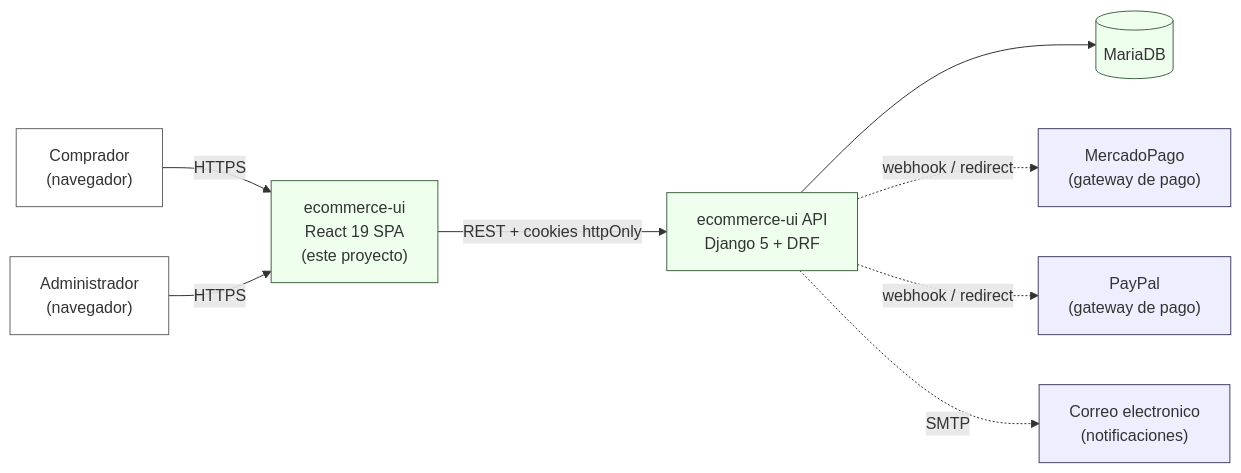
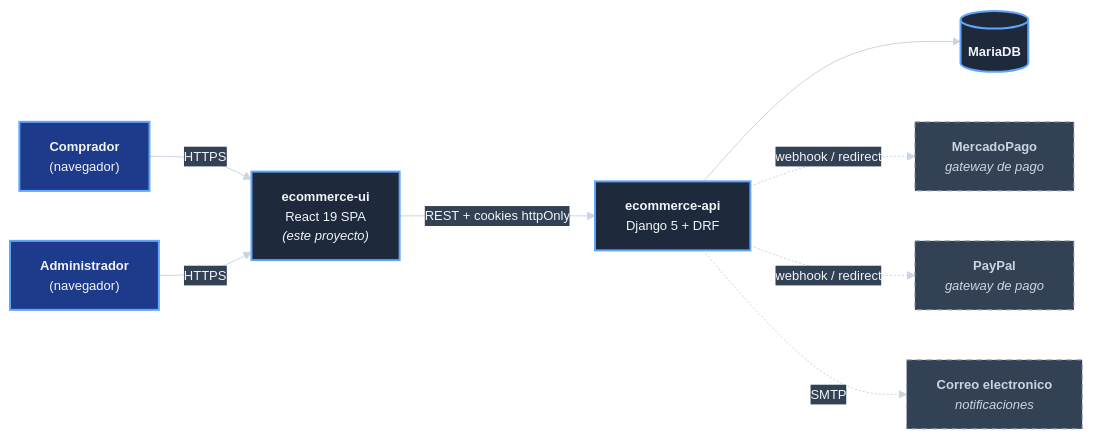
One commit to jcg-admin/template-ecommerce-ui changed the diagram in docs/contexto-y-alcance-del-sistema/contexto-y-alcance-del-sistema.md. Above: the diagram before and after it, drawn with Mermaid. The commit also changed 16 other files, not shown here.

First line of the commit message:
Apply dark Mermaid theme to 19 diagrams

````diff
--- a/docs/contexto-y-alcance-del-sistema/contexto-y-alcance-del-sistema.md
+++ b/docs/contexto-y-alcance-del-sistema/contexto-y-alcance-del-sistema.md
@@ -19,26 +19,38 @@
 ```mermaid
+%%{init: {'theme':'base', 'themeVariables': {
+  'background': '#0f172a',
+  'primaryColor': '#1e293b',
+  'primaryTextColor': '#f1f5f9',
+  'primaryBorderColor': '#94a3b8',
+  'lineColor': '#cbd5e1',
+  'secondaryColor': '#334155',
+  'tertiaryColor': '#1e3a8a',
+  'fontSize': '13px'
+}}}%%
 flowchart LR
-    Comprador["Comprador<br/>(navegador)"]
-    Admin["Administrador<br/>(navegador)"]
-    UI["ecommerce-ui<br/>React 19 SPA<br/>(este proyecto)"]
-    API["ecommerce-ui API<br/>Django 5 + DRF"]
-    DB[("MariaDB")]
-    MP["MercadoPago<br/>(gateway de pago)"]
-    PP["PayPal<br/>(gateway de pago)"]
-    Mail["Correo electronico<br/>(notificaciones)"]
+    actor_comprador["<b>Comprador</b><br/>(navegador)"]
+    actor_administrador["<b>Administrador</b><br/>(navegador)"]
+    sistema_ui_react["<b>ecommerce-ui</b><br/>React 19 SPA<br/><i>(este proyecto)</i>"]
+    sistema_api_django["<b>ecommerce-api</b><br/>Django 5 + DRF"]
+    base_datos_mariadb[("<b>MariaDB</b>")]
+    servicio_mercadopago["<b>MercadoPago</b><br/><i>gateway de pago</i>"]
+    servicio_paypal["<b>PayPal</b><br/><i>gateway de pago</i>"]
+    servicio_correo_smtp["<b>Correo electronico</b><br/><i>notificaciones</i>"]
 
-    Comprador -->|"HTTPS"| UI
-    Admin -->|"HTTPS"| UI
-    UI -->|"REST + cookies httpOnly"| API
-    API --> DB
-    API -.->|"webhook / redirect"| MP
-    API -.->|"webhook / redirect"| PP
-    API -.->|"SMTP"| Mail
+    actor_comprador -- "HTTPS" --> sistema_ui_react
+    actor_administrador -- "HTTPS" --> sistema_ui_react
+    sistema_ui_react -- "REST + cookies httpOnly" --> sistema_api_django
+    sistema_api_django --> base_datos_mariadb
+    sistema_api_django -. "webhook / redirect" .-> servicio_mercadopago
+    sistema_api_django -. "webhook / redirect" .-> servicio_paypal
+    sistema_api_django -. "SMTP" .-> servicio_correo_smtp
 
-    classDef external fill:#eef,stroke:#446,stroke-width:1px;
-    classDef system fill:#efe,stroke:#464,stroke-width:1px;
-    classDef user fill:#fff,stroke:#666,stroke-width:1px;
-    class Comprador,Admin user;
-    class UI,API,DB system;
-    class MP,PP,Mail external;
+    classDef primaryNode fill:#1e293b,stroke:#60a5fa,stroke-width:2px,color:#f1f5f9
+    classDef secondaryNode fill:#334155,stroke:#94a3b8,stroke-width:1px,color:#f1f5f9
+    classDef externalNode fill:#334155,stroke:#94a3b8,stroke-width:1px,color:#cbd5e1,stroke-dasharray: 5 5
+    classDef userNode fill:#1e3a8a,stroke:#60a5fa,stroke-width:2px,color:#f1f5f9
+
+    class actor_comprador,actor_administrador userNode
+    class sistema_ui_react,sistema_api_django,base_datos_mariadb primaryNode
+    class servicio_mercadopago,servicio_paypal,servicio_correo_smtp externalNode
 ```
````
